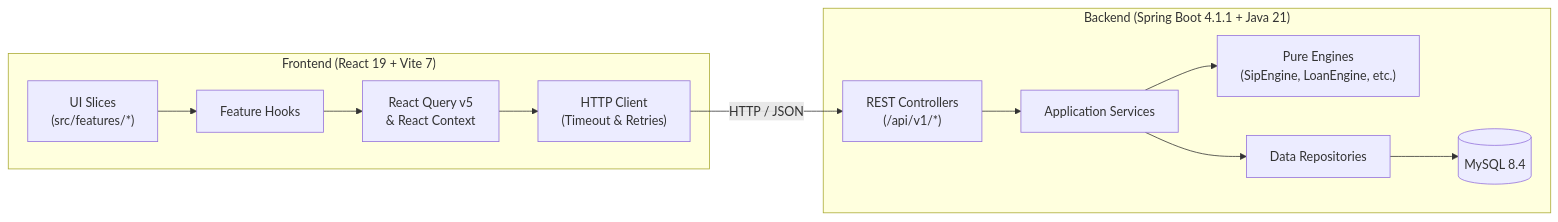
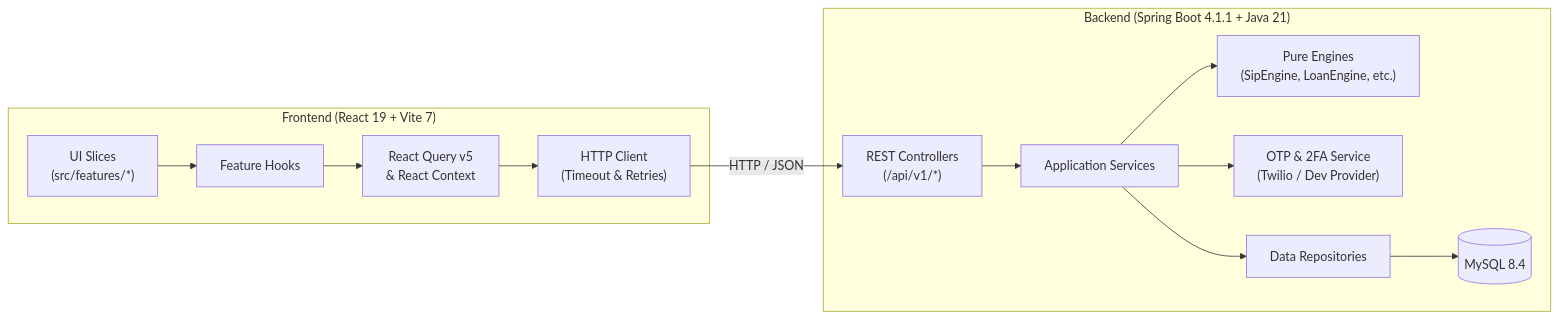
One commit to mondal-aniruddha/Investment-Calculator changed the diagram in README.md. Above: the diagram before and after it, drawn with Mermaid. The commit also changed other lines of this file and 16 other files, not shown here.

````diff
--- a/README.md
+++ b/README.md
@@ -16,17 +16,18 @@
 ```mermaid
 graph LR
     subgraph Frontend ["Frontend (React 19 + Vite 7)"]
         UI["UI Slices<br/>(src/features/*)"] --> Hooks["Feature Hooks"]
         Hooks --> State["React Query v5<br/>& React Context"]
         State --> Client["HTTP Client<br/>(Timeout & Retries)"]
     end
 
     subgraph Backend ["Backend (Spring Boot 4.1.1 + Java 21)"]
         Gateway["REST Controllers<br/>(/api/v1/*)"] --> Services["Application Services"]
         Services --> Engines["Pure Engines<br/>(SipEngine, LoanEngine, etc.)"]
+        Services --> Otp["OTP & 2FA Service<br/>(Twilio / Dev Provider)"]
         Services --> Repo["Data Repositories"]
         Repo --> DB[(MySQL 8.4)]
     end
 
     Client -->|HTTP / JSON| Gateway
 ```
````
